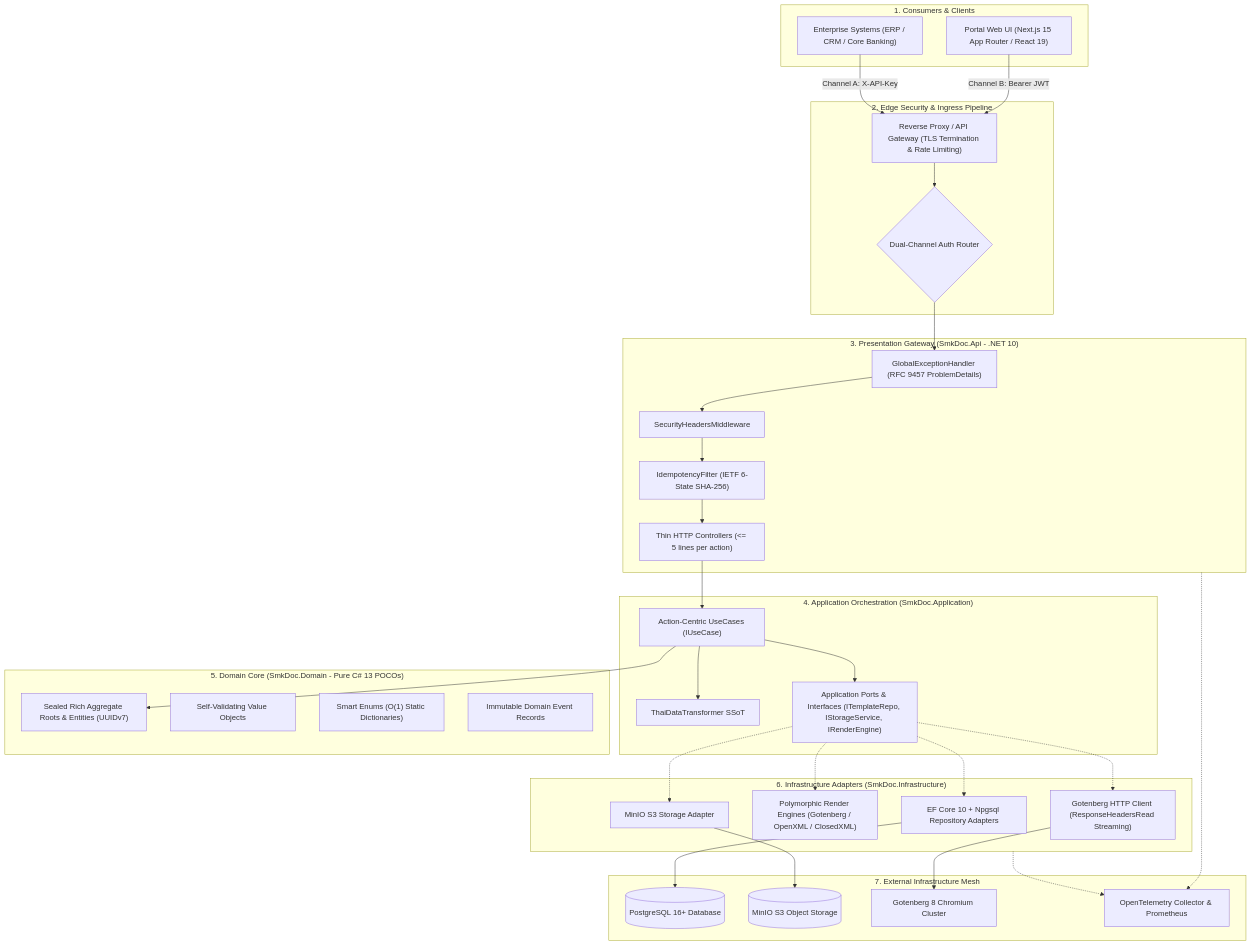
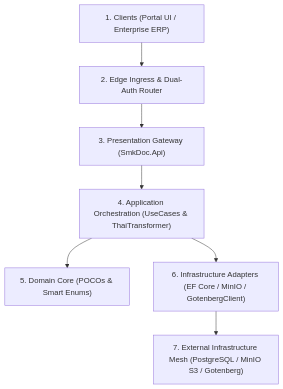
Before and after one commit to suang05/doc_template: the diagram in docs/AI/00_architecture_core/00_system_blueprint_and_data_flow.md, drawn with Mermaid. The commit also changed other lines of this file and 2 other files, not shown here.

Commit message:
docs(ai): add core architecture and anti-pattern firewall documentation

````diff
--- a/docs/AI/00_architecture_core/00_system_blueprint_and_data_flow.md
+++ b/docs/AI/00_architecture_core/00_system_blueprint_and_data_flow.md
@@ -34,68 +34,9 @@
 ```mermaid
 graph TD
-    subgraph Tier1["1. Consumers & Clients"]
-        UI["Portal Web UI (Next.js 15 App Router / React 19)"]
-        ERP["Enterprise Systems (ERP / CRM / Core Banking)"]
-    end
-
-    subgraph Tier2["2. Edge Security & Ingress Pipeline"]
-        Ingress["Reverse Proxy / API Gateway (TLS Termination & Rate Limiting)"]
-        DualAuth{"Dual-Channel Auth Router"}
-    end
-
-    subgraph Tier3["3. Presentation Gateway (SmkDoc.Api - .NET 10)"]
-        ExceptionPipe["GlobalExceptionHandler (RFC 9457 ProblemDetails)"]
-        SecurityHeaders["SecurityHeadersMiddleware"]
-        IdempFilter["IdempotencyFilter (IETF 6-State SHA-256)"]
-        Controllers["Thin HTTP Controllers (<= 5 lines per action)"]
-    end
-
-    subgraph Tier4["4. Application Orchestration (SmkDoc.Application)"]
-        CQRS["Action-Centric UseCases (IUseCase<TCommand, TResult>)"]
-        ThaiTrans["ThaiDataTransformer SSoT"]
-        Ports["Application Ports & Interfaces (ITemplateRepo, IStorageService, IRenderEngine)"]
-    end
-
-    subgraph Tier5["5. Domain Core (SmkDoc.Domain - Pure C# 13 POCOs)"]
-        Entities["Sealed Rich Aggregate Roots & Entities (UUIDv7)"]
-        ValueObjects["Self-Validating Value Objects"]
-        SmartEnums["Smart Enums (O(1) Static Dictionaries)"]
-        DomainEvents["Immutable Domain Event Records"]
-    end
-
-    subgraph Tier6["6. Infrastructure Adapters (SmkDoc.Infrastructure)"]
-        EF["EF Core 10 + Npgsql Repository Adapters"]
-        Engines["Polymorphic Render Engines (Gotenberg / OpenXML / ClosedXML)"]
-        MinioAdapter["MinIO S3 Storage Adapter"]
-        GotenbergClient["Gotenberg HTTP Client (ResponseHeadersRead Streaming)"]
-    end
-
-    subgraph Tier7["7. External Infrastructure Mesh"]
-        Postgres[("PostgreSQL 16+ Database")]
-        Minio[("MinIO S3 Object Storage")]
-        GotenbergCluster["Gotenberg 8 Chromium Cluster"]
-        OTel["OpenTelemetry Collector & Prometheus"]
-    end
-
-    UI -->|"Channel B: Bearer JWT"| Ingress
-    ERP -->|"Channel A: X-API-Key"| Ingress
-    Ingress --> DualAuth
-    DualAuth --> ExceptionPipe
-    ExceptionPipe --> SecurityHeaders
-    SecurityHeaders --> IdempFilter
-    IdempFilter --> Controllers
-    Controllers --> CQRS
-    CQRS --> ThaiTrans
-    CQRS --> Entities
-    CQRS --> Ports
-    Ports -.-> EF
-    Ports -.-> Engines
-    Ports -.-> MinioAdapter
-    Ports -.-> GotenbergClient
-
-    EF --> Postgres
-    MinioAdapter --> Minio
-    GotenbergClient --> GotenbergCluster
-    Tier3 -.-> OTel
-    Tier6 -.-> OTel
+    Clients["1. Clients (Portal UI / Enterprise ERP)"] --> Ingress["2. Edge Ingress & Dual-Auth Router"]
+    Ingress --> Api["3. Presentation Gateway (SmkDoc.Api)"]
+    Api --> Application["4. Application Orchestration (UseCases & ThaiTransformer)"]
+    Application --> Domain["5. Domain Core (POCOs & Smart Enums)"]
+    Application --> Infra["6. Infrastructure Adapters (EF Core / MinIO / GotenbergClient)"]
+    Infra --> External["7. External Infrastructure Mesh (PostgreSQL / MinIO S3 / Gotenberg)"]
 ```
````
